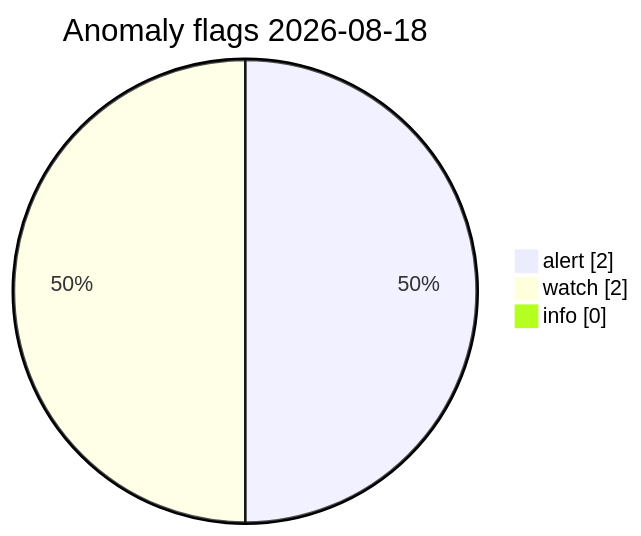
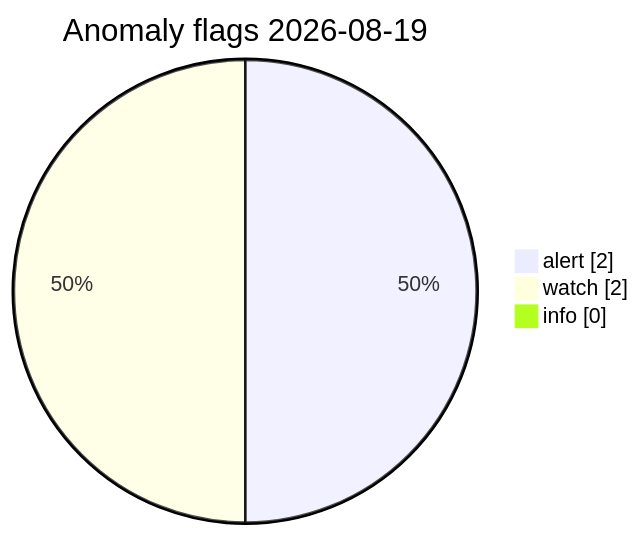
One commit to Midwest-Stratospheric/Unified-Open-Global-Weather changed the diagram in visuals/latest/CHARTS.md. Above: the diagram before and after it, drawn with Mermaid. The commit also changed other lines of this file and 11 other files, not shown here.

Commit message:
data(visuals): automated charts 2026-08-19T08:06Z

````diff
--- a/visuals/latest/CHARTS.md
+++ b/visuals/latest/CHARTS.md
@@ -73,7 +73,7 @@
 ```mermaid
 pie showData
-  title Anomaly flags 2026-08-18
+  title Anomaly flags 2026-08-19
   "alert" : 2
   "watch" : 2
   "info" : 0
 ```
````
